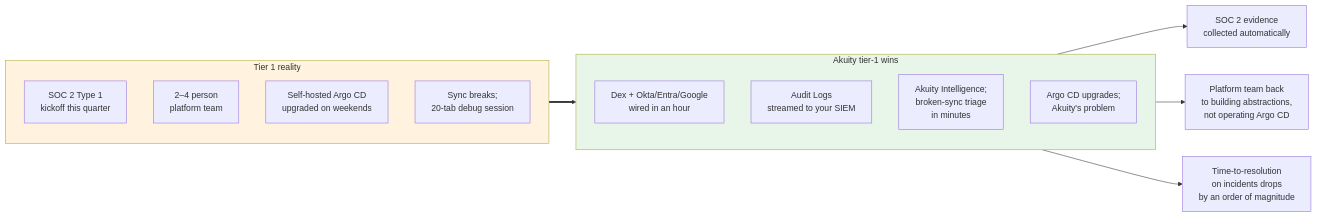
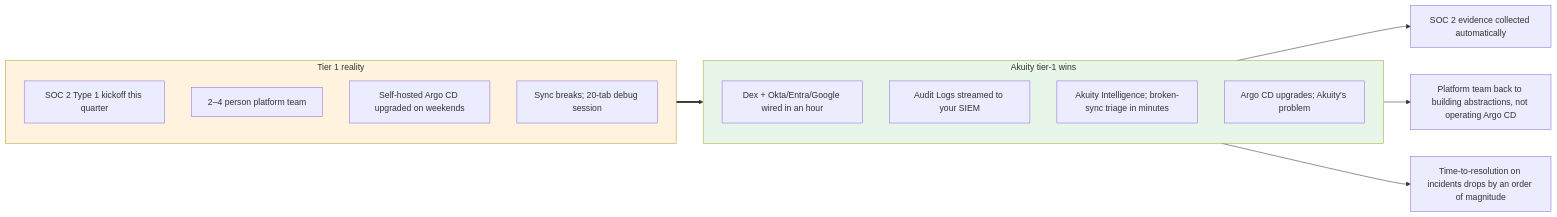
The fourth of 10 diagrams in docs/diagrams.md (Cliftonz/akuity-deployment-examples), drawn with Mermaid before and after one commit. The commit also changed other lines of this file, not shown here.

Commit message:
docs/diagrams: drop <br/> tags from mermaid node labels

````diff
--- a/docs/diagrams.md
+++ b/docs/diagrams.md
@@ -104,25 +104,25 @@
 ```mermaid
 flowchart LR
     subgraph Pain["Tier 1 reality"]
-        SOC["SOC 2 Type 1<br/>kickoff this quarter"]
-        Plat["2–4 person<br/>platform team"]
-        Self["Self-hosted Argo CD<br/>upgraded on weekends"]
-        Triage["Sync breaks;<br/>20-tab debug session"]
+        SOC["SOC 2 Type 1 kickoff this quarter"]
+        Plat["2–4 person platform team"]
+        Self["Self-hosted Argo CD upgraded on weekends"]
+        Triage["Sync breaks; 20-tab debug session"]
     end
 
     subgraph Akuity["Akuity tier-1 wins"]
-        SSO["Dex + Okta/Entra/Google<br/>wired in an hour"]
-        AuditExp["Audit Logs<br/>streamed to your SIEM"]
-        Intel["Akuity Intelligence;<br/>broken-sync triage<br/>in minutes"]
-        Upgrades["Argo CD upgrades;<br/>Akuity's problem"]
+        SSO["Dex + Okta/Entra/Google wired in an hour"]
+        AuditExp["Audit Logs streamed to your SIEM"]
+        Intel["Akuity Intelligence; broken-sync triage in minutes"]
+        Upgrades["Argo CD upgrades; Akuity's problem"]
     end
 
     Pain ==> Akuity
 
-    Akuity --> Out1["SOC 2 evidence<br/>collected automatically"]
-    Akuity --> Out2["Platform team back<br/>to building abstractions,<br/>not operating Argo CD"]
-    Akuity --> Out3["Time-to-resolution<br/>on incidents drops<br/>by an order of magnitude"]
+    Akuity --> Out1["SOC 2 evidence collected automatically"]
+    Akuity --> Out2["Platform team back to building abstractions, not operating Argo CD"]
+    Akuity --> Out3["Time-to-resolution on incidents drops by an order of magnitude"]
 
     style Pain fill:#fff3e0
     style Akuity fill:#e8f5e9
 ```
````
